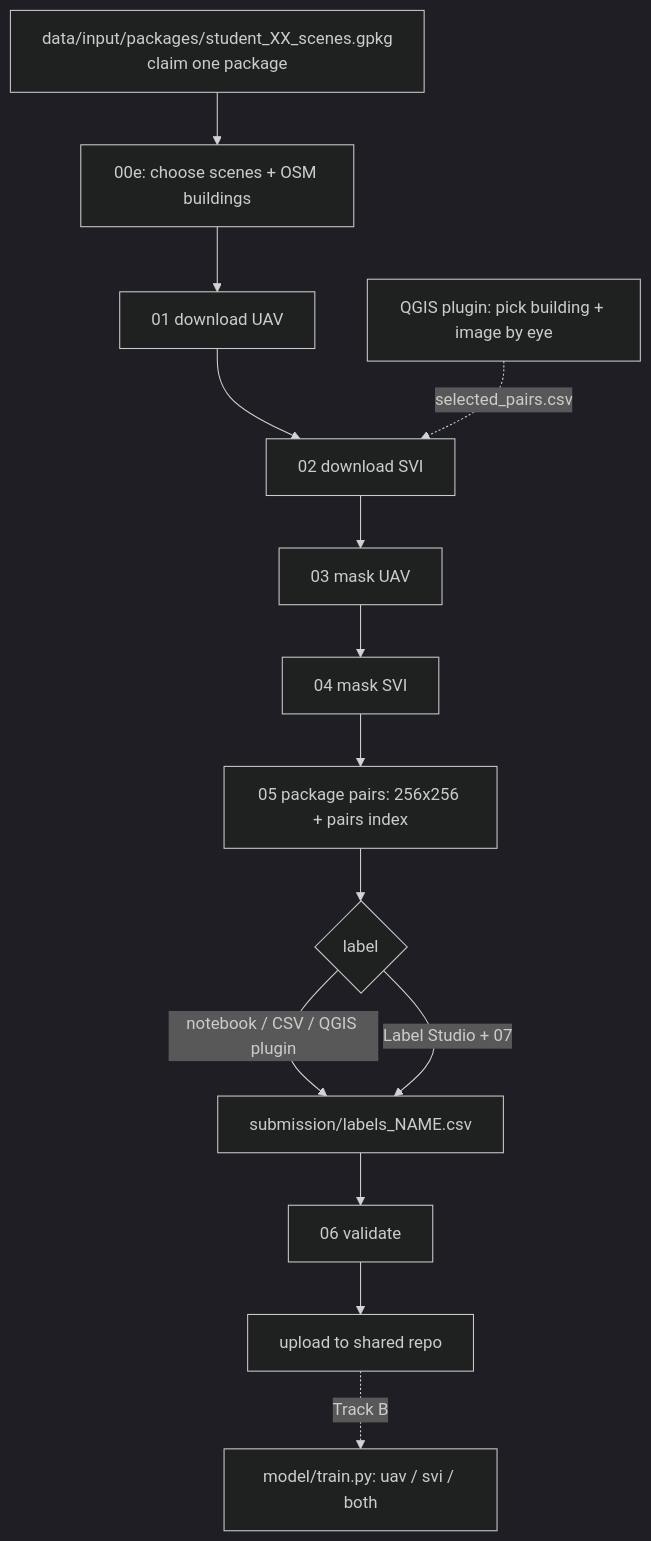
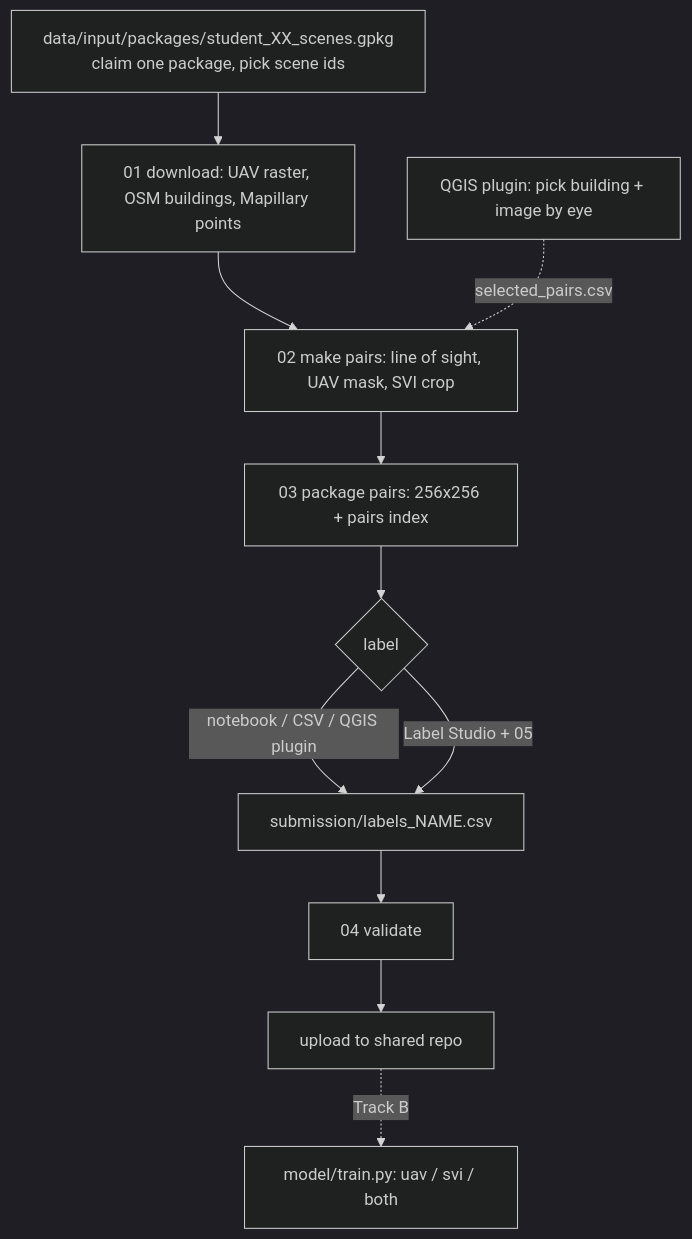
The diagram in README.md (RKsGIS/UAV-SVI-Annotation-Pipeline), drawn with Mermaid (dark theme) before and after one commit. The commit also changed other lines of this file and 82 other files, not shown here.

````diff
--- a/README.md
+++ b/README.md
@@ -5,14 +5,13 @@
 ```mermaid
 flowchart TD
-    A[data/input/packages/student_XX_scenes.gpkg<br/>claim one package] --> B[00e: choose scenes + OSM buildings]
-    B --> C[01 download UAV] --> D[02 download SVI]
-    D --> E[03 mask UAV] --> F[04 mask SVI]
-    F --> G[05 package pairs: 256x256 + pairs index]
-    G --> H{label}
+    A[data/input/packages/student_XX_scenes.gpkg<br/>claim one package, pick scene ids] --> B[01 download: UAV raster, OSM buildings, Mapillary points]
+    B --> C[02 make pairs: line of sight, UAV mask, SVI crop]
+    C --> D[03 package pairs: 256x256 + pairs index]
+    D --> H{label}
     H -->|notebook / CSV / QGIS plugin| I[submission/labels_NAME.csv]
-    H -->|Label Studio + 07| I
-    I --> J[06 validate]
+    H -->|Label Studio + 05| I
+    I --> J[04 validate]
     J --> K[upload to shared repo]
     K -.->|Track B| L[model/train.py: uav / svi / both]
-    P[QGIS plugin: pick building + image by eye] -.->|selected_pairs.csv| D
+    P[QGIS plugin: pick building + image by eye] -.->|selected_pairs.csv| C
 ```
````
